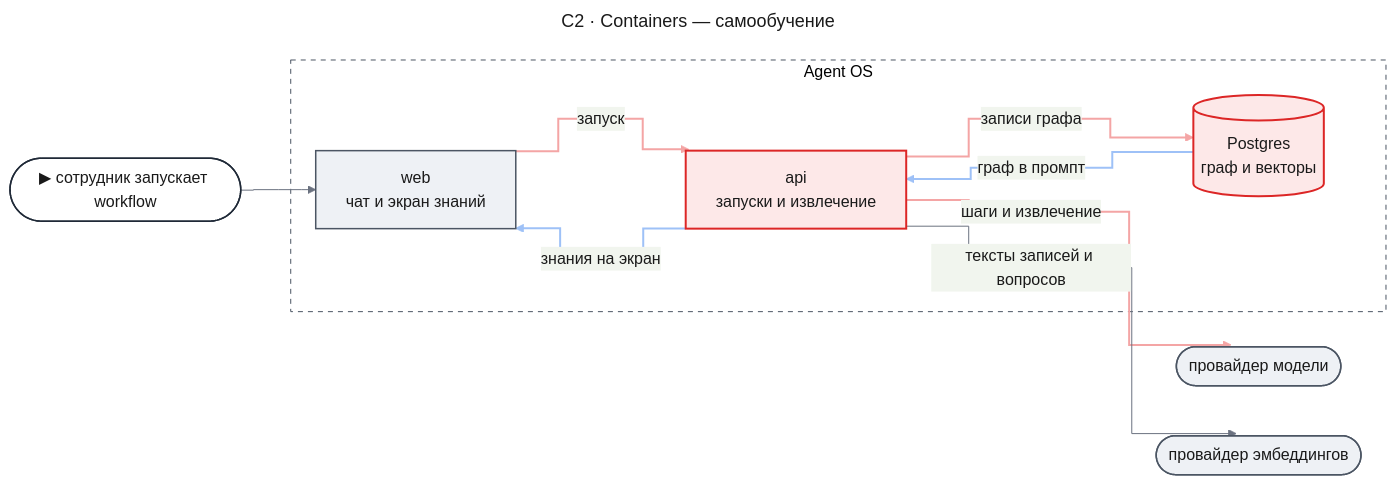
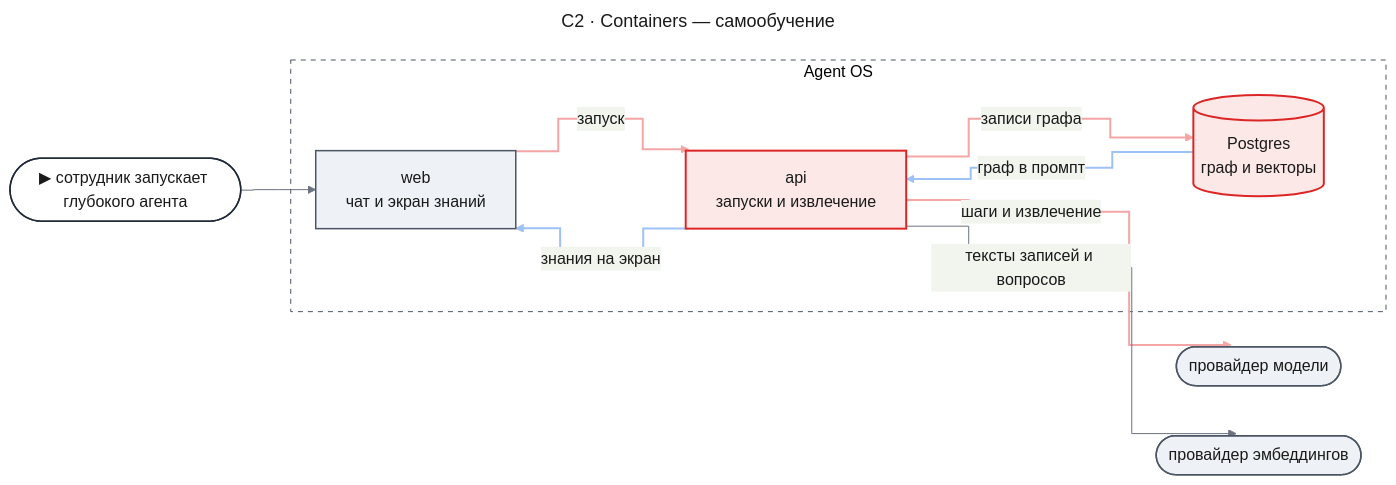
Before and after one commit to tundraray/agent-os: the first of 11 diagrams in docs/features/self-learning/design-core.md, drawn with Mermaid. The commit also changed other lines of this file and 13 other files, not shown here.

````diff
--- a/docs/features/self-learning/design-core.md
+++ b/docs/features/self-learning/design-core.md
@@ -239,52 +227,52 @@
 ```mermaid
 ---
 title: "C2 · Containers — самообучение"
 config:
   theme: base
   look: classic
   themeVariables:
     primaryColor: "#eef1f5"
     primaryBorderColor: "#4b5563"
     primaryTextColor: "#1a1a1a"
     lineColor: "#6b7280"
   flowchart:
     curve: step
   themeCSS: |
     @keyframes lit_c2sl{0%,18%{stroke:#991b1b;stroke-width:6px}20%,100%{stroke:#f4a5a5;stroke-width:2px}}
     @keyframes litr_c2sl{0%,18%{stroke:#1d4ed8;stroke-width:6px}20%,100%{stroke:#9ec1f7;stroke-width:2px}}
 ---
 flowchart LR
-    entry(["▶ сотрудник запускает workflow"])
+    entry(["▶ сотрудник запускает глубокого агента"])
     subgraph aos["Agent OS"]
         web["web<br/>чат и экран знаний"]
         api["api<br/>запуски и извлечение"]
         pg[("Postgres<br/>граф и векторы")]
     end
     llm(["провайдер модели"])
     emb(["провайдер эмбеддингов"])
     entry --> web
     web e1@-->|"запуск"| api
     api e2@-->|"шаги и извлечение"| llm
     api e3@-->|"записи графа"| pg
     pg e4@-->|"граф в промпт"| api
     api e5@-->|"знания на экран"| web
     api -->|"тексты записей и вопросов"| emb
     classDef entry fill:#ffffff,stroke:#1f2937,stroke-width:1.5px,color:#1a1a1a
     classDef changed fill:#fde8e8,stroke:#dc2626,stroke-width:2px,color:#1a1a1a
     classDef unchanged fill:#eef1f5,stroke:#4b5563,stroke-width:1.5px,color:#1a1a1a
     classDef boundary fill:none,stroke:#4b5563,stroke-width:1px,stroke-dasharray:5 5
     classDef w1 stroke:#f4a5a5,stroke-width:2px,animation:lit_c2sl 6s linear 0s infinite
     classDef w2 stroke:#f4a5a5,stroke-width:2px,animation:lit_c2sl 6s linear 1.2s infinite
     classDef w3 stroke:#f4a5a5,stroke-width:2px,animation:lit_c2sl 6s linear 2.4s infinite
     classDef r4 stroke:#9ec1f7,stroke-width:2px,animation:litr_c2sl 6s linear 3.6s infinite
     classDef r5 stroke:#9ec1f7,stroke-width:2px,animation:litr_c2sl 6s linear 4.8s infinite
     class entry entry
     class api,pg changed
     class web,llm,emb unchanged
     class aos boundary
     class e1 w1
     class e2 w2
     class e3 w3
     class e4 r4
     class e5 r5
 ```
````
